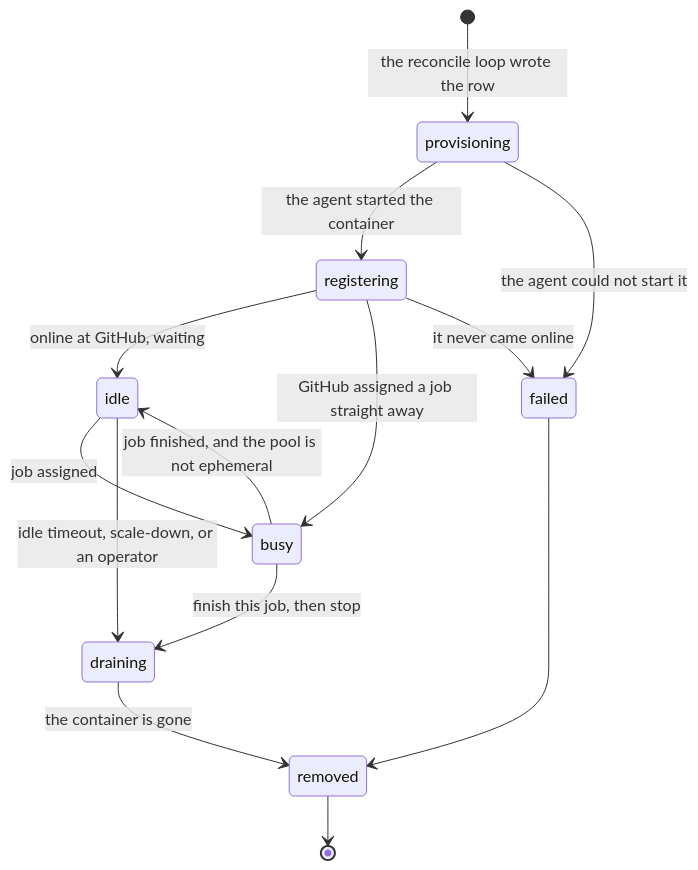
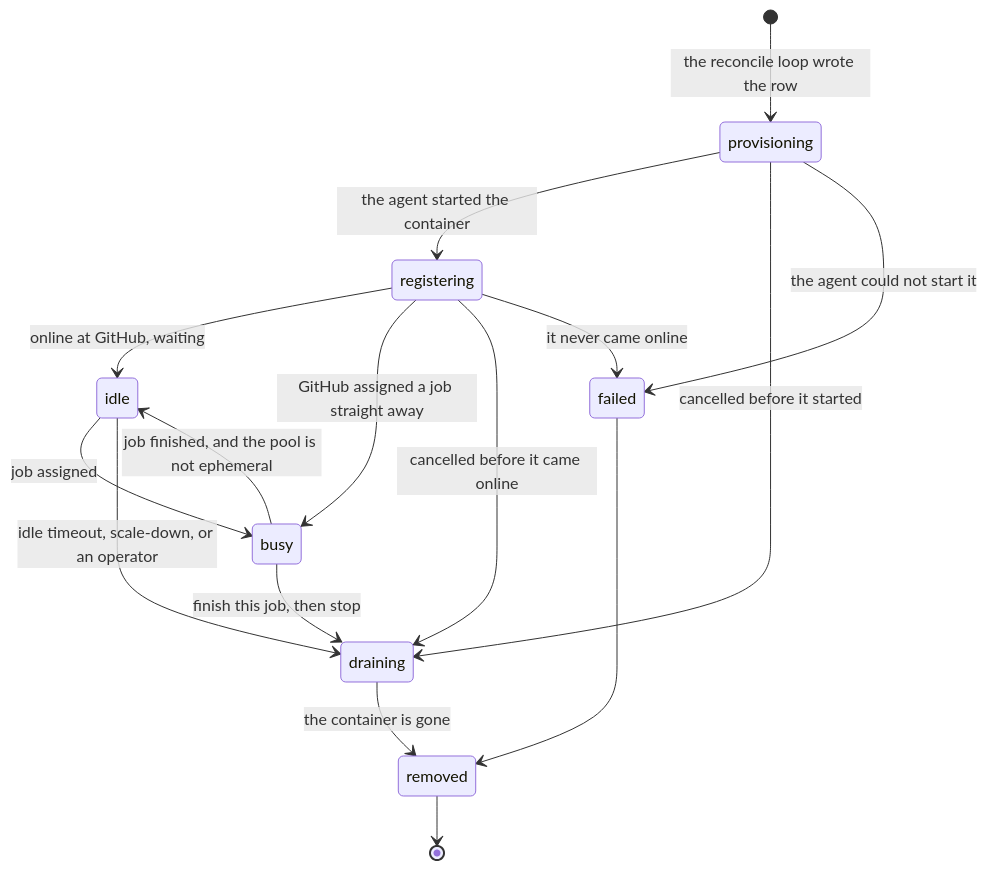
One commit to eyupio/zoomies changed the third of 5 diagrams in docs/architecture.md. Above: the diagram before and after it, drawn with Mermaid. The commit also changed other lines of this file and 12 other files, not shown here.

````diff
--- a/docs/architecture.md
+++ b/docs/architecture.md
@@ -176,16 +176,18 @@
 ```mermaid
 stateDiagram-v2
     [*] --> provisioning: the reconcile loop wrote the row
     provisioning --> registering: the agent started the container
     registering --> idle: online at GitHub, waiting
     registering --> busy: GitHub assigned a job straight away
     idle --> busy: job assigned
     busy --> idle: job finished, and the pool is not ephemeral
     idle --> draining: idle timeout, scale-down, or an operator
     busy --> draining: finish this job, then stop
+    provisioning --> draining: cancelled before it started
+    registering --> draining: cancelled before it came online
     provisioning --> failed: the agent could not start it
     registering --> failed: it never came online
     draining --> removed: the container is gone
     failed --> removed
     removed --> [*]
 ```
````
